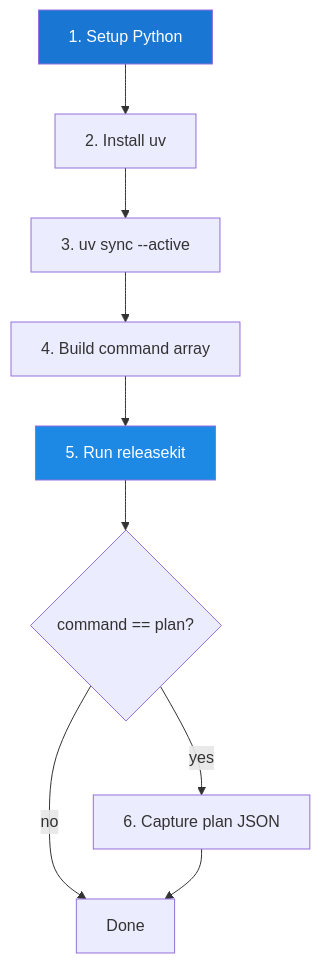
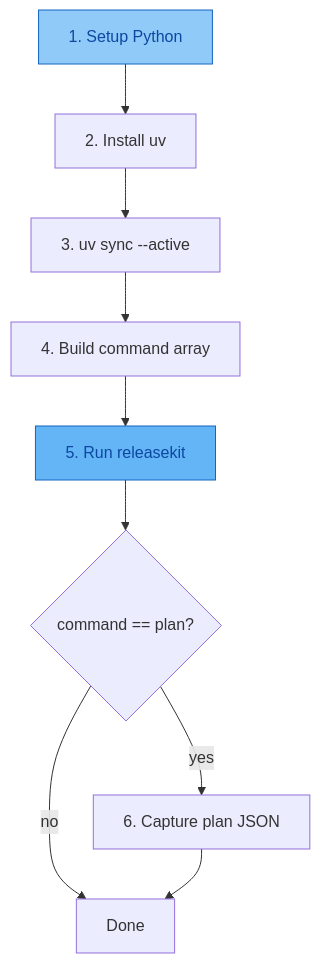
Before and after one commit to genkit-ai/genkit-python: the diagram in tools/releasekit/docs/docs/reference/github-action.md, drawn with Mermaid. The commit also changed other lines of this file and 208 other files, not shown here.

````diff
--- a/tools/releasekit/docs/docs/reference/github-action.md
+++ b/tools/releasekit/docs/docs/reference/github-action.md
@@ -22,14 +22,14 @@
 ```mermaid
 graph TD
     A["1. Setup Python"] --> B["2. Install uv"]
     B --> C["3. uv sync --active"]
     C --> D["4. Build command array"]
     D --> E["5. Run releasekit"]
     E --> F{"command == plan?"}
     F -->|yes| G["6. Capture plan JSON"]
     F -->|no| H["Done"]
     G --> H
 
-    style A fill:#1976d2,color:#fff
-    style E fill:#1e88e5,color:#fff
+    style A fill:#90caf9,stroke:#1565c0,color:#0d47a1
+    style E fill:#64b5f6,stroke:#1565c0,color:#0d47a1
 ```
````
